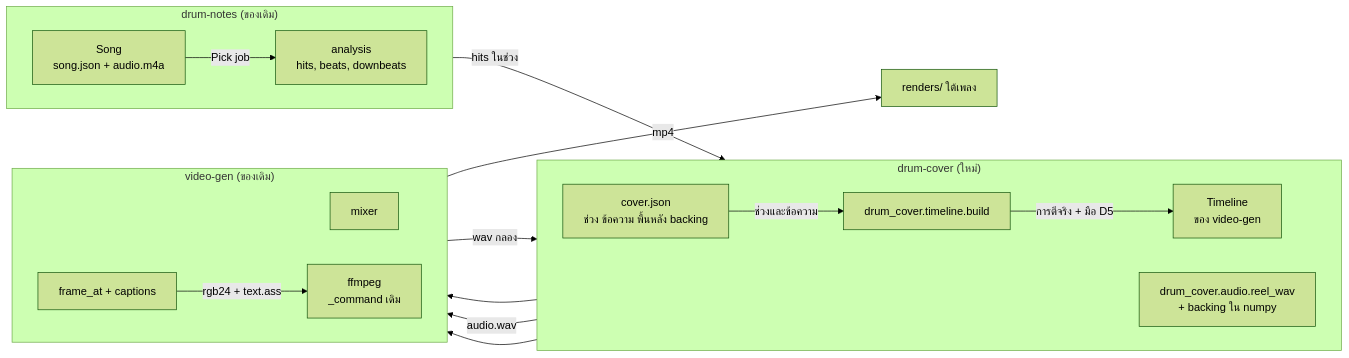
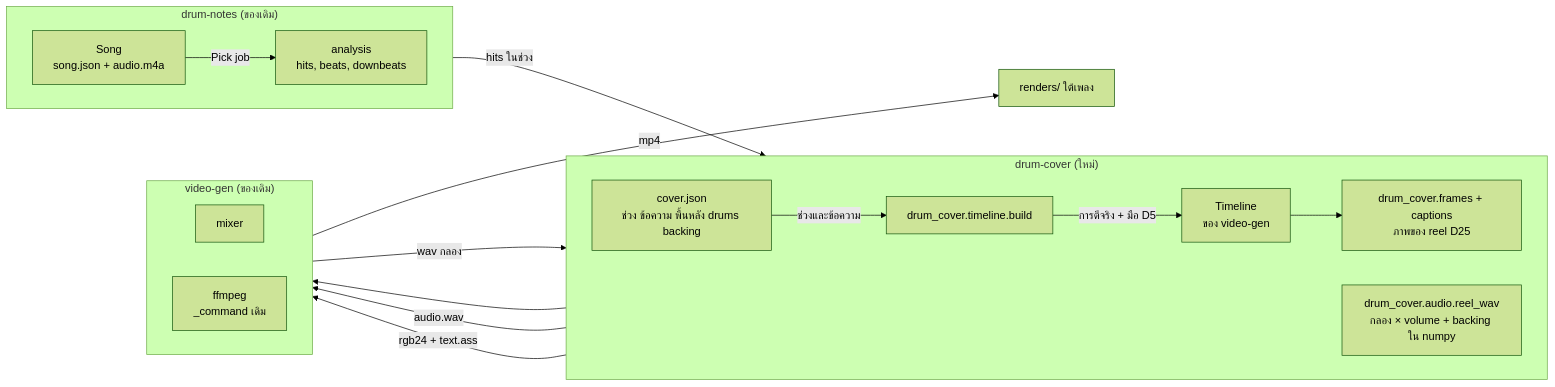
The first of 3 diagrams in docs/features/drum-cover/flow.md (mousemouse094526/framecraft), drawn with Mermaid (forest theme) before and after one commit. The commit also changed other lines of this file and 37 other files, not shown here.

First line of the commit message:
feat(drum-cover): ความดังกลองแยก และภาพกลองของ reel ที่อ่านออก (#17)

````diff
--- a/docs/features/drum-cover/flow.md
+++ b/docs/features/drum-cover/flow.md
@@ -12,28 +12,29 @@
 ```mermaid
 flowchart LR
   subgraph notes["drum-notes (ของเดิม)"]
     direction LR
     Song["Song<br/>song.json + audio.m4a"] -->|Pick job| Analysis["analysis<br/>hits, beats, downbeats"]
   end
   subgraph cover["drum-cover (ใหม่)"]
     direction LR
-    Cover["cover.json<br/>ช่วง ข้อความ พื้นหลัง backing"]
+    Cover["cover.json<br/>ช่วง ข้อความ พื้นหลัง drums backing"]
     Build["drum_cover.timeline.build"]
-    Wav["drum_cover.audio.reel_wav<br/>+ backing ใน numpy"]
+    Wav["drum_cover.audio.reel_wav<br/>กลอง × volume + backing ใน numpy"]
+    Frames["drum_cover.frames + captions<br/>ภาพของ reel D25"]
     Timeline["Timeline<br/>ของ video-gen"]
     Cover -->|ช่วงและข้อความ| Build
     Build -->|การตีจริง + มือ D5| Timeline
   end
   subgraph gen["video-gen (ของเดิม)"]
     direction LR
     Mixer["mixer"]
     FF["ffmpeg<br/>_command เดิม"]
-    Frames["frame_at + captions"] -->|rgb24 + text.ass| FF
   end
   Analysis -->|hits ในช่วง| Build
   Timeline --> Mixer
   Mixer -->|wav กลอง| Wav
   Wav -->|audio.wav| FF
   Timeline --> Frames
+  Frames -->|rgb24 + text.ass| FF
   FF -->|mp4| Renders["renders/ ใต้เพลง"]
 ```
````
